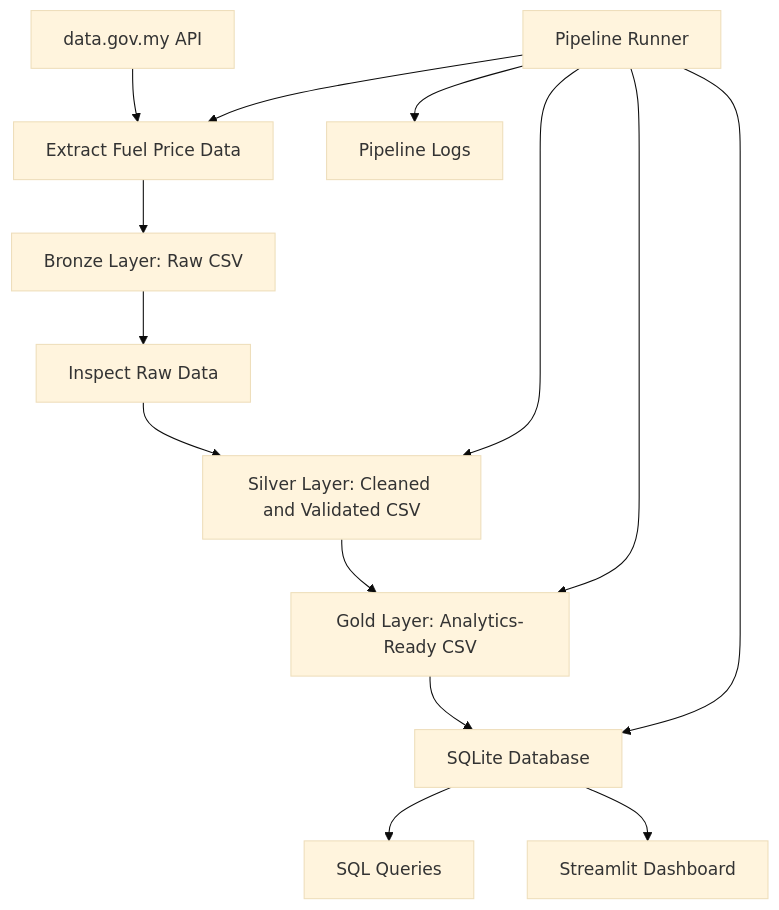
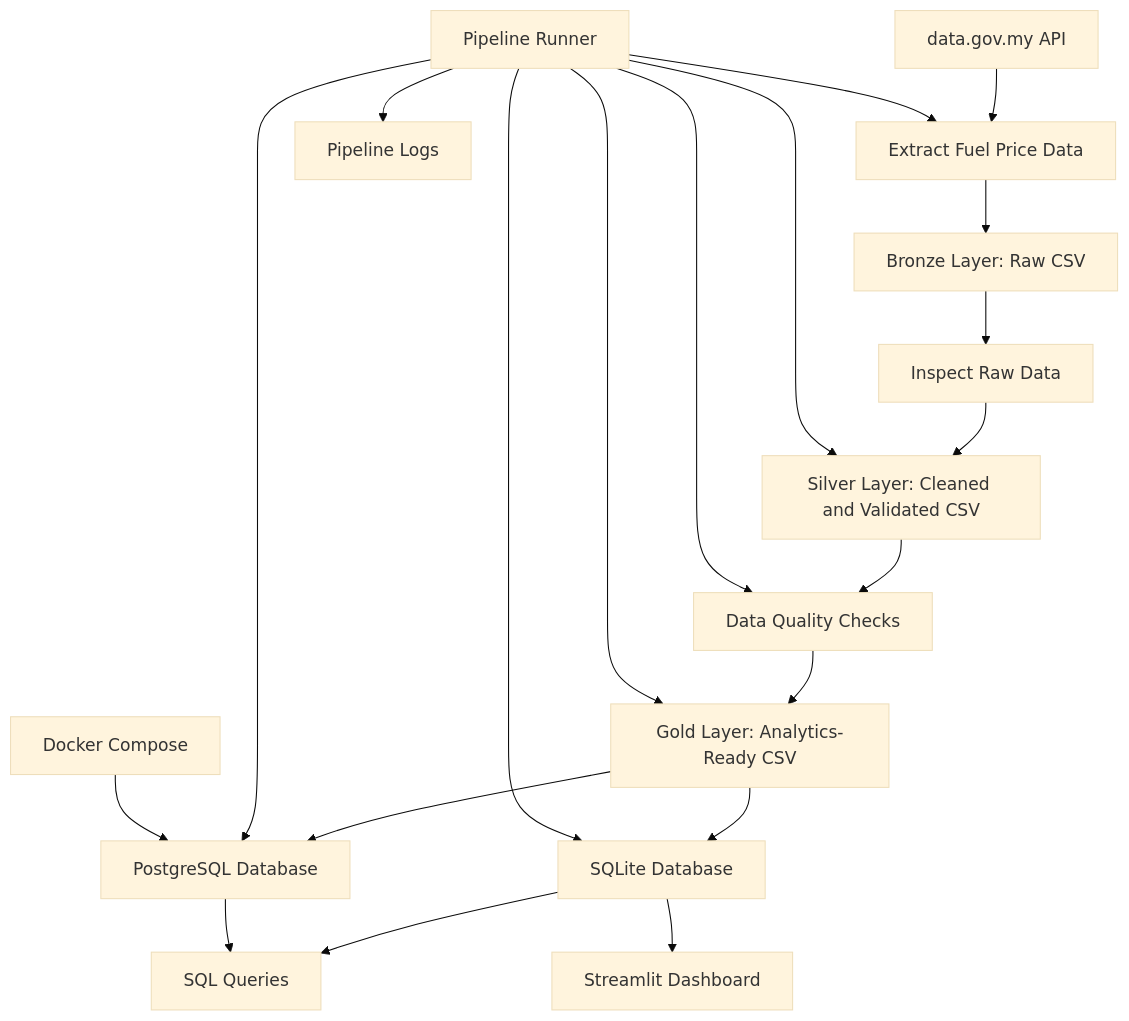
Before and after one commit to lamlearnai/malaysia-open-data-pipeline: the diagram in README.md, drawn with Mermaid (base theme). The commit also changed other lines of this file, not shown here.

Commit message:
Update README with PostgreSQL architecture

````diff
--- a/README.md
+++ b/README.md
@@ -53,16 +55,22 @@
 ```mermaid
 flowchart TD
     A[data.gov.my API] --> B[Extract Fuel Price Data]
     B --> C[Bronze Layer: Raw CSV]
     C --> D[Inspect Raw Data]
     D --> E[Silver Layer: Cleaned and Validated CSV]
-    E --> F[Gold Layer: Analytics-Ready CSV]
+    E --> Q[Data Quality Checks]
+    Q --> F[Gold Layer: Analytics-Ready CSV]
     F --> G[SQLite Database]
+    F --> P[PostgreSQL Database]
     G --> H[SQL Queries]
     G --> I[Streamlit Dashboard]
+    P --> H
     J[Pipeline Runner] --> B
     J --> E
+    J --> Q
     J --> F
     J --> G
+    J --> P
     J --> K[Pipeline Logs]
+    L[Docker Compose] --> P
 ```
````
